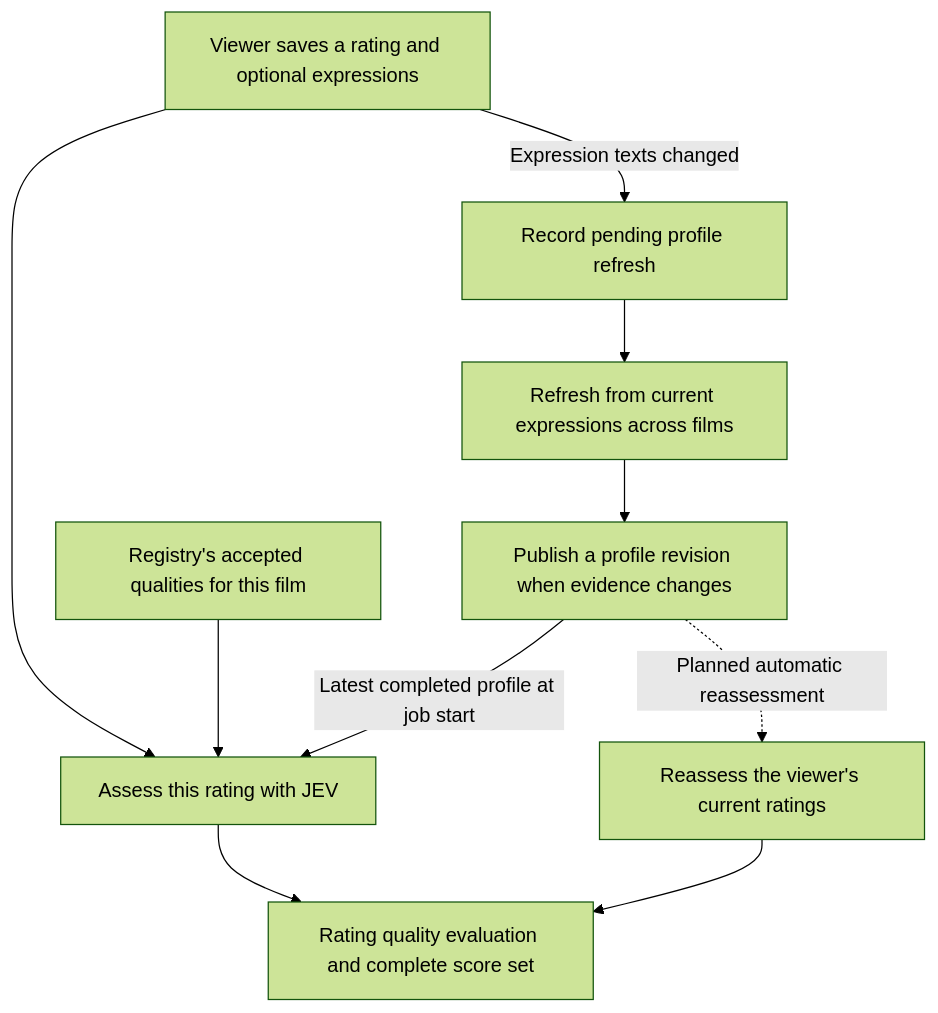
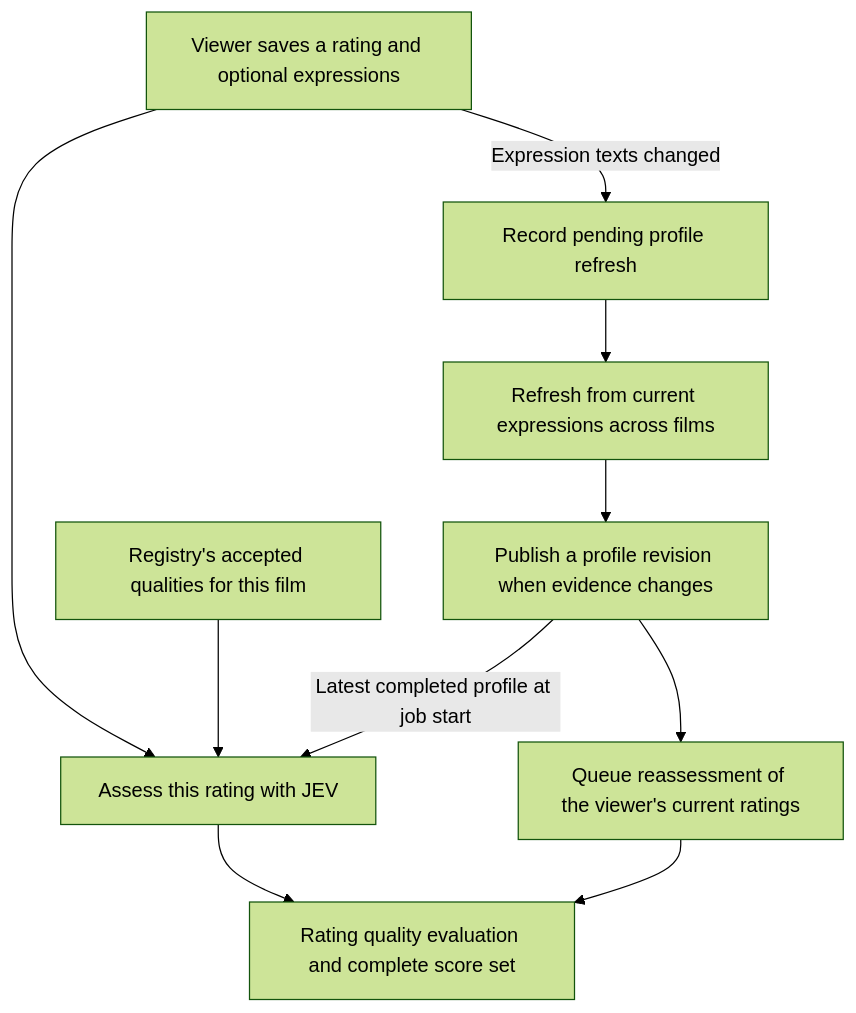
The first of 6 diagrams in docs/ratings_scoring_design.md (adambelton/glutton), drawn with Mermaid (forest theme) before and after one commit. The commit also changed other lines of this file and 13 other files, not shown here.

````diff
--- a/docs/ratings_scoring_design.md
+++ b/docs/ratings_scoring_design.md
@@ -13,12 +13,12 @@
 ```mermaid
 flowchart TD
     A["Viewer saves a rating and optional expressions"] --> B["Assess this rating with JEV"]
     A -- Expression texts changed --> C["Record pending profile refresh"]
     C --> D["Refresh from current expressions across films"]
     D --> E["Publish a profile revision when evidence changes"]
     E -- Latest completed profile at job start --> B
     F["Registry's accepted qualities for this film"] --> B
     B --> G["Rating quality evaluation and complete score set"]
-    E -. Planned automatic reassessment .-> H["Reassess the viewer's current ratings"]
+    E --> H["Queue reassessment of the viewer's current ratings"]
     H --> G
 ```
````
